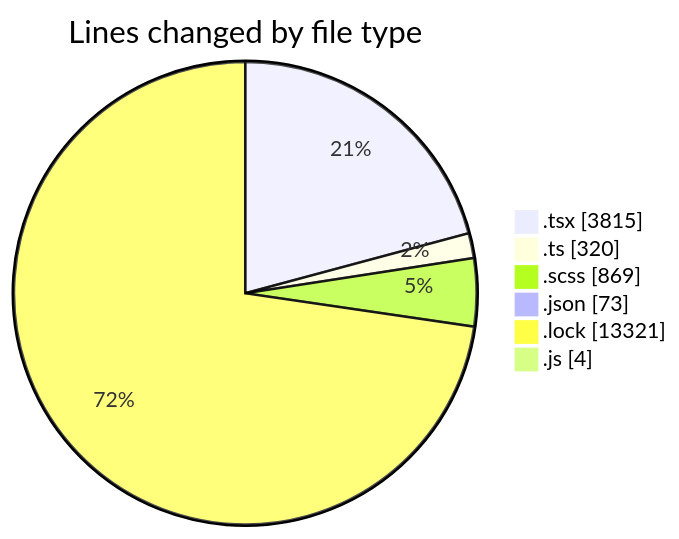
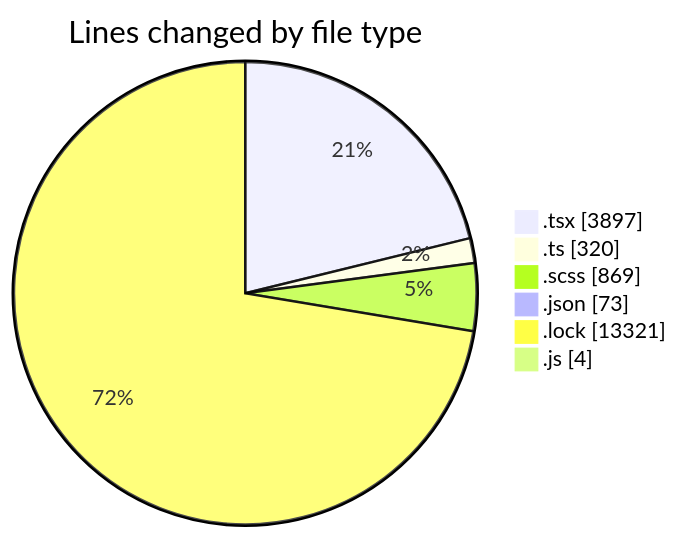
Before and after one commit to momahboobian/code-tracking: the first of 2 diagrams in 2025-02-12/cda/README.md, drawn with Mermaid. The commit also changed other lines of this file and 1 other file, not shown here.

````diff
--- a/2025-02-12/cda/README.md
+++ b/2025-02-12/cda/README.md
@@ -41,10 +41,10 @@
 ```mermaid
 pie showData
 title Lines changed by file type
-".tsx" : 3815
+".tsx" : 3897
 ".ts" : 320
 ".scss" : 869
 ".json" : 73
 ".lock" : 13321
 ".js" : 4
 ```
````
